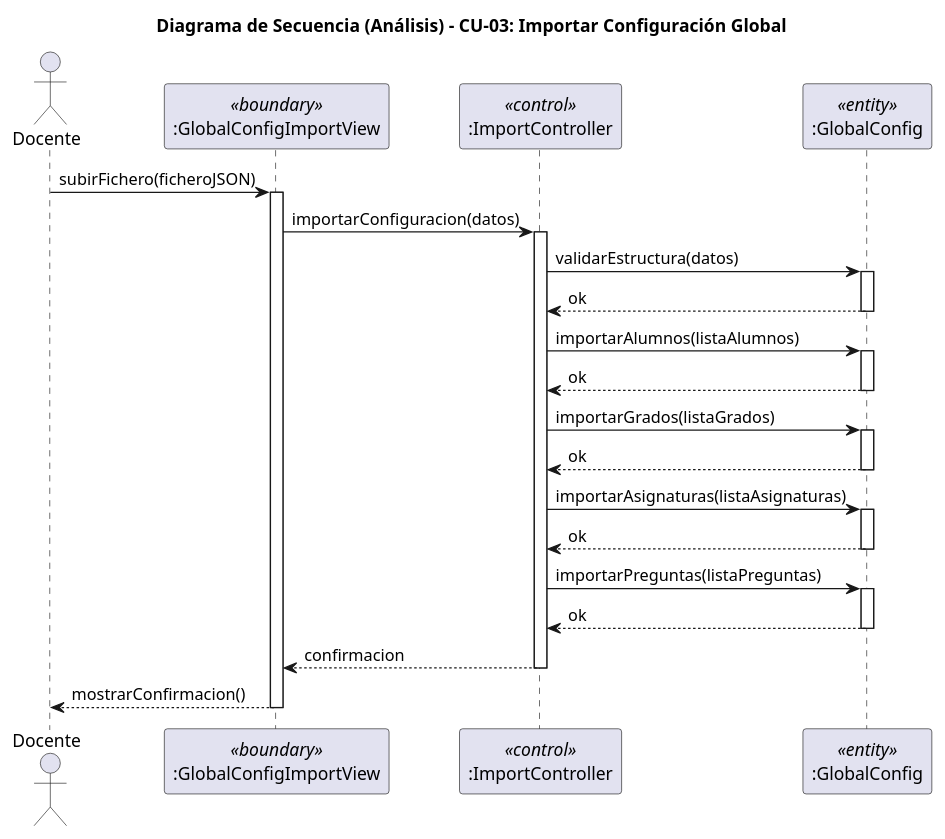
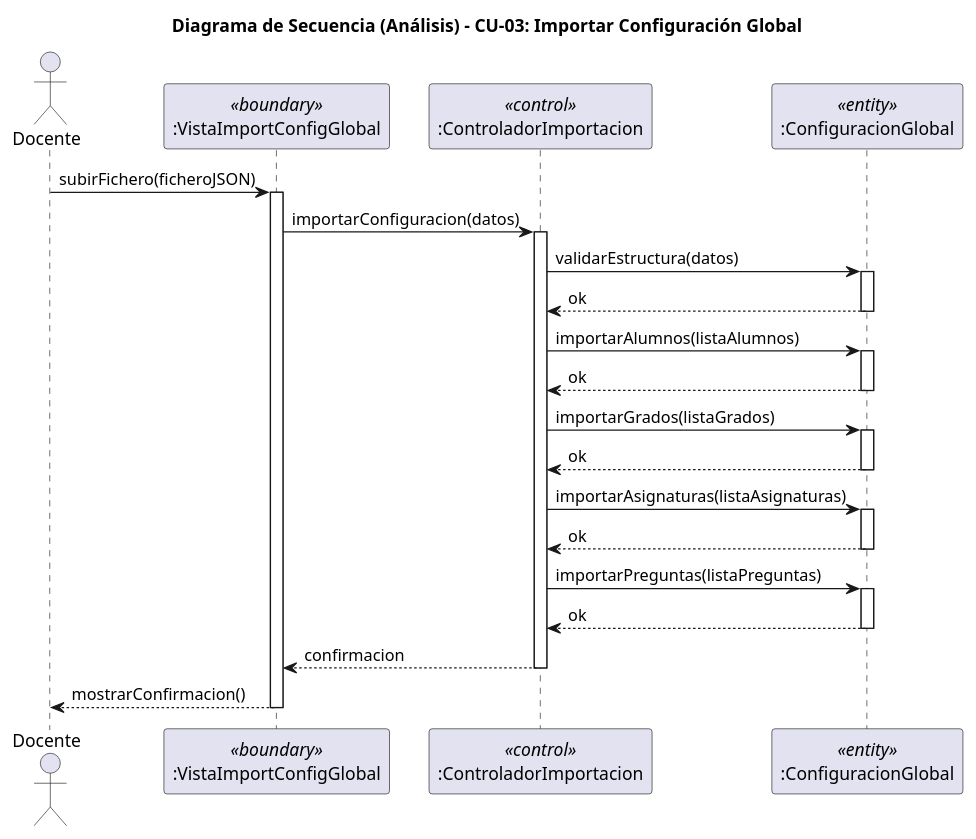
Before and after one commit to liamanderson873/25-26-idsw2-sdVC: the diagram in RUP/01-analisis/casos-uso/CU-03-importarConfiguracionGlobal/analisis-secuencia-CU-03-importarConfiguracionGlobal.puml, drawn with PlantUML. The commit also changed 85 other files, not shown here.

```diff
--- a/RUP/01-analisis/casos-uso/CU-03-importarConfiguracionGlobal/analisis-secuencia-CU-03-importarConfiguracionGlobal.puml
+++ b/RUP/01-analisis/casos-uso/CU-03-importarConfiguracionGlobal/analisis-secuencia-CU-03-importarConfiguracionGlobal.puml
@@ -1,46 +1,46 @@
 @startuml cu03-importarConfiguracionGlobal-analisis-secuencia
 title Diagrama de Secuencia (Análisis) - CU-03: Importar Configuración Global
 
 actor "Docente" as Actor
-participant ":GlobalConfigImportView" as Boundary <<boundary>>
-participant ":ImportController" as Control <<control>>
-participant ":GlobalConfig" as Entity <<entity>>
+participant ":VistaImportConfigGlobal" as Boundary <<boundary>>
+participant ":ControladorImportacion" as Control <<control>>
+participant ":ConfiguracionGlobal" as Entity <<entity>>
 
 Actor -> Boundary : subirFichero(ficheroJSON)
 activate Boundary
 
 Boundary -> Control : importarConfiguracion(datos)
 activate Control
 
 Control -> Entity : validarEstructura(datos)
 activate Entity
 Entity --> Control : ok
 deactivate Entity
 
 Control -> Entity : importarAlumnos(listaAlumnos)
 activate Entity
 Entity --> Control : ok
 deactivate Entity
 
 Control -> Entity : importarGrados(listaGrados)
 activate Entity
 Entity --> Control : ok
 deactivate Entity
 
 Control -> Entity : importarAsignaturas(listaAsignaturas)
 activate Entity
 Entity --> Control : ok
 deactivate Entity
 
 Control -> Entity : importarPreguntas(listaPreguntas)
 activate Entity
 Entity --> Control : ok
 deactivate Entity
 
 Control --> Boundary : confirmacion
 deactivate Control
 
 Boundary --> Actor : mostrarConfirmacion()
 deactivate Boundary
 
 @enduml
```
